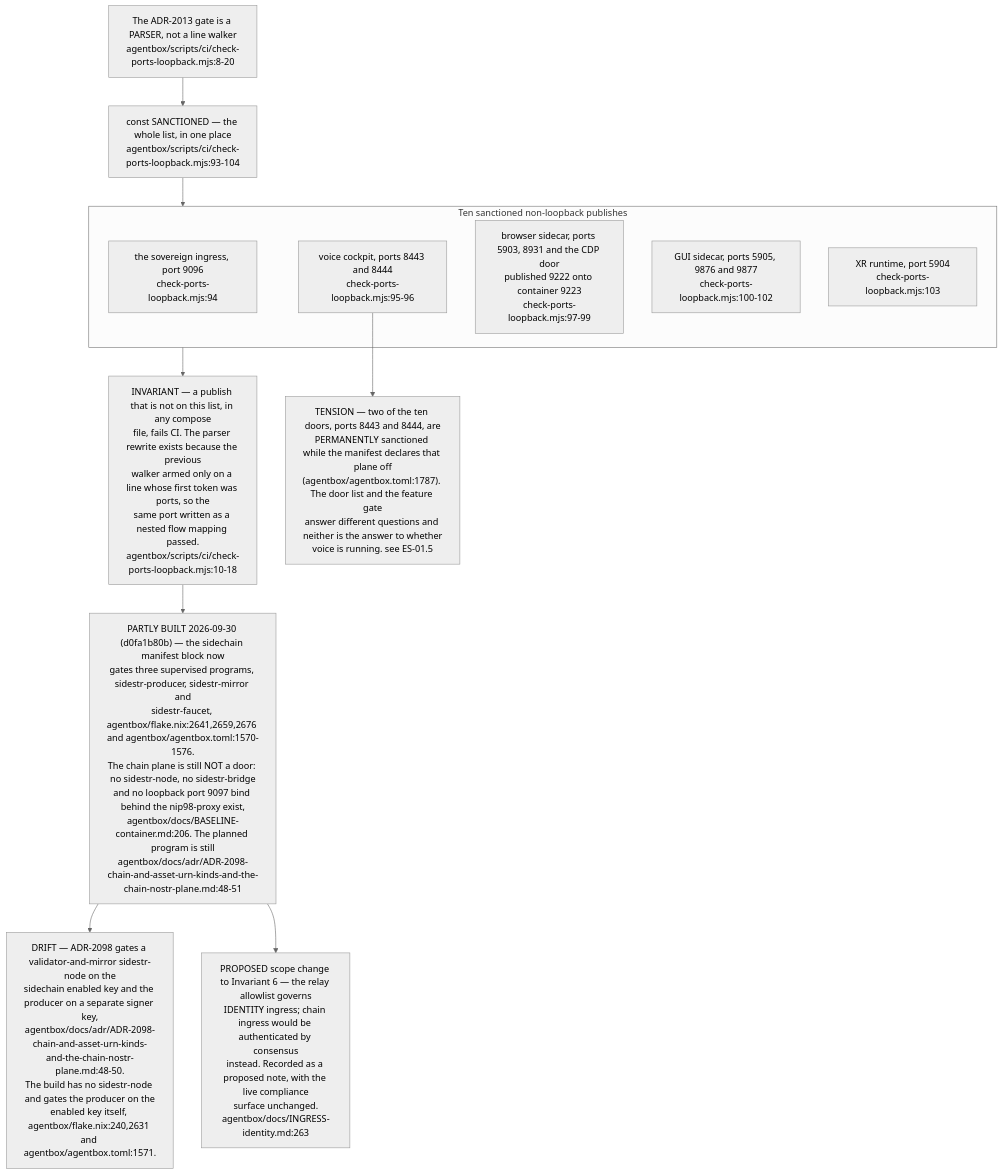
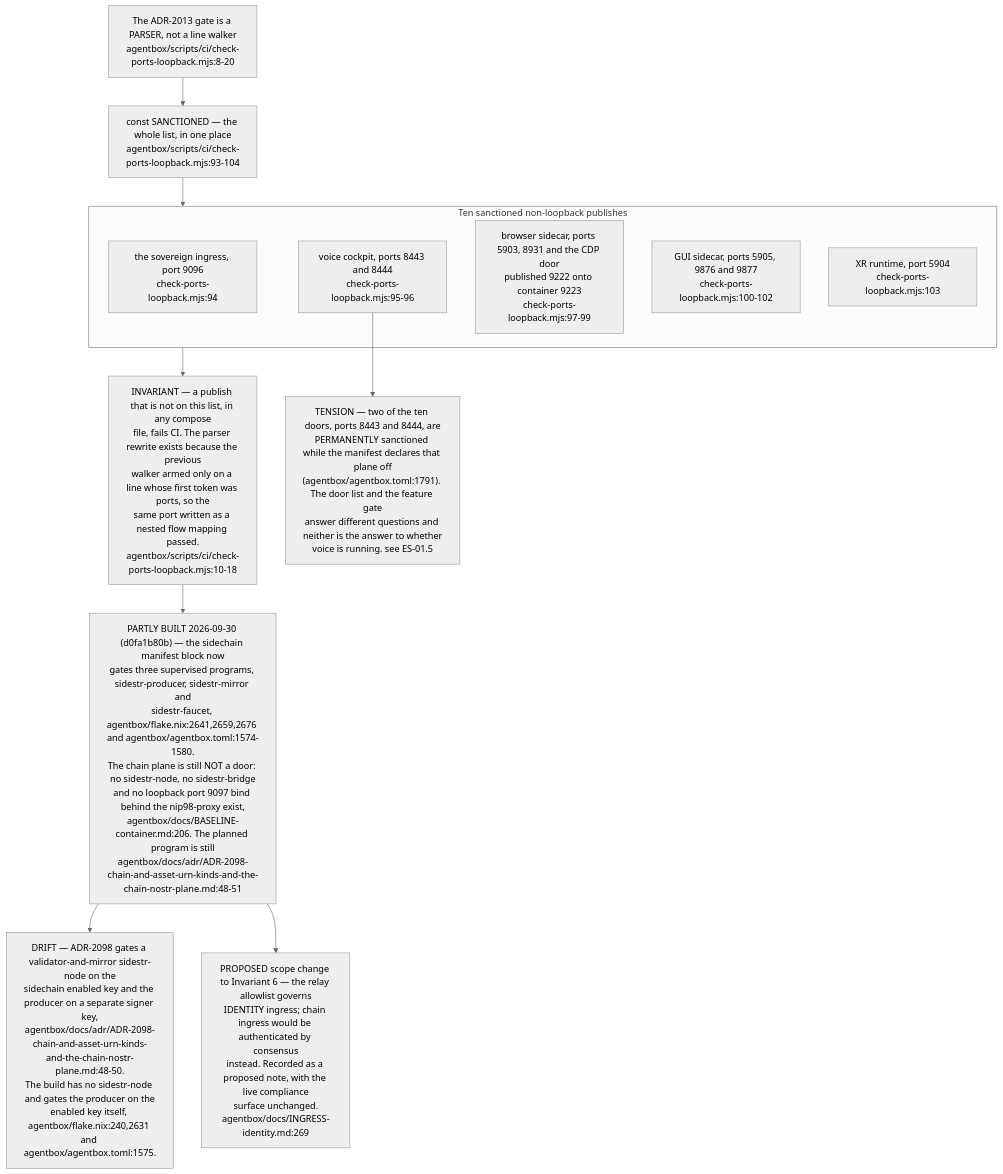
Before and after one commit to DreamLab-AI/VisionFlow: the tenth of 10 diagrams in docs/diagrams/estate/10-deployment-and-security-profiles.md, drawn with Mermaid (neutral theme). The commit also changed other lines of this file and 31 other files, not shown here.

````diff
--- a/docs/diagrams/estate/10-deployment-and-security-profiles.md
+++ b/docs/diagrams/estate/10-deployment-and-security-profiles.md
@@ -375,29 +391,29 @@
 ```mermaid
 flowchart TB
     GATE["The ADR-2013 gate is a PARSER, not a line walker<br/>agentbox/scripts/ci/check-ports-loopback.mjs:8-20"]
     LIST["const SANCTIONED — the whole list, in one place<br/>agentbox/scripts/ci/check-ports-loopback.mjs:93-104"]
     GATE --> LIST
 
     subgraph DOORS["Ten sanctioned non-loopback publishes"]
         D0["the sovereign ingress, port 9096<br/>check-ports-loopback.mjs:94"]
         D1["voice cockpit, ports 8443 and 8444<br/>check-ports-loopback.mjs:95-96"]
         D2["browser sidecar, ports 5903, 8931 and the CDP door<br/>published 9222 onto container 9223<br/>check-ports-loopback.mjs:97-99"]
         D3["GUI sidecar, ports 5905, 9876 and 9877<br/>check-ports-loopback.mjs:100-102"]
         D4["XR runtime, port 5904<br/>check-ports-loopback.mjs:103"]
     end
     LIST --> DOORS
 
     INV["INVARIANT — a publish that is not on this list, in any compose<br/>file, fails CI. The parser rewrite exists because the previous<br/>walker armed only on a line whose first token was ports, so the<br/>same port written as a nested flow mapping passed.<br/>agentbox/scripts/ci/check-ports-loopback.mjs:10-18"]
     DOORS --> INV
 
-    PROP["PARTLY BUILT 2026-09-30 (d0fa1b80b) — the sidechain manifest block now<br/>gates three supervised programs, sidestr-producer, sidestr-mirror and<br/>sidestr-faucet, agentbox/flake.nix:2641,2659,2676 and agentbox/agentbox.toml:1570-1576.<br/>The chain plane is still NOT a door: no sidestr-node, no sidestr-bridge<br/>and no loopback port 9097 bind behind the nip98-proxy exist,<br/>agentbox/docs/BASELINE-container.md:206. The planned program is still<br/>agentbox/docs/adr/ADR-2098-chain-and-asset-urn-kinds-and-the-chain-nostr-plane.md:48-51"]
+    PROP["PARTLY BUILT 2026-09-30 (d0fa1b80b) — the sidechain manifest block now<br/>gates three supervised programs, sidestr-producer, sidestr-mirror and<br/>sidestr-faucet, agentbox/flake.nix:2641,2659,2676 and agentbox/agentbox.toml:1574-1580.<br/>The chain plane is still NOT a door: no sidestr-node, no sidestr-bridge<br/>and no loopback port 9097 bind behind the nip98-proxy exist,<br/>agentbox/docs/BASELINE-container.md:206. The planned program is still<br/>agentbox/docs/adr/ADR-2098-chain-and-asset-urn-kinds-and-the-chain-nostr-plane.md:48-51"]
     INV --> PROP
-    GATEDRIFT["DRIFT — ADR-2098 gates a validator-and-mirror sidestr-node on the<br/>sidechain enabled key and the producer on a separate signer key,<br/>agentbox/docs/adr/ADR-2098-chain-and-asset-urn-kinds-and-the-chain-nostr-plane.md:48-50.<br/>The build has no sidestr-node and gates the producer on the<br/>enabled key itself, agentbox/flake.nix:240,2631 and agentbox/agentbox.toml:1571."]
+    GATEDRIFT["DRIFT — ADR-2098 gates a validator-and-mirror sidestr-node on the<br/>sidechain enabled key and the producer on a separate signer key,<br/>agentbox/docs/adr/ADR-2098-chain-and-asset-urn-kinds-and-the-chain-nostr-plane.md:48-50.<br/>The build has no sidestr-node and gates the producer on the<br/>enabled key itself, agentbox/flake.nix:240,2631 and agentbox/agentbox.toml:1575."]
     PROP --> GATEDRIFT
 
-    NARROW["PROPOSED scope change to Invariant 6 — the relay allowlist governs<br/>IDENTITY ingress; chain ingress would be authenticated by consensus<br/>instead. Recorded as a proposed note, with the live compliance<br/>surface unchanged.<br/>agentbox/docs/INGRESS-identity.md:263"]
+    NARROW["PROPOSED scope change to Invariant 6 — the relay allowlist governs<br/>IDENTITY ingress; chain ingress would be authenticated by consensus<br/>instead. Recorded as a proposed note, with the live compliance<br/>surface unchanged.<br/>agentbox/docs/INGRESS-identity.md:269"]
     PROP --> NARROW
 
-    TENSION["TENSION — two of the ten doors, ports 8443 and 8444, are<br/>PERMANENTLY sanctioned while the manifest declares that plane off<br/>(agentbox/agentbox.toml:1787). The door list and the feature gate<br/>answer different questions and neither is the answer to whether<br/>voice is running. see ES-01.5"]
+    TENSION["TENSION — two of the ten doors, ports 8443 and 8444, are<br/>PERMANENTLY sanctioned while the manifest declares that plane off<br/>(agentbox/agentbox.toml:1791). The door list and the feature gate<br/>answer different questions and neither is the answer to whether<br/>voice is running. see ES-01.5"]
     D1 --> TENSION
 ```
````
